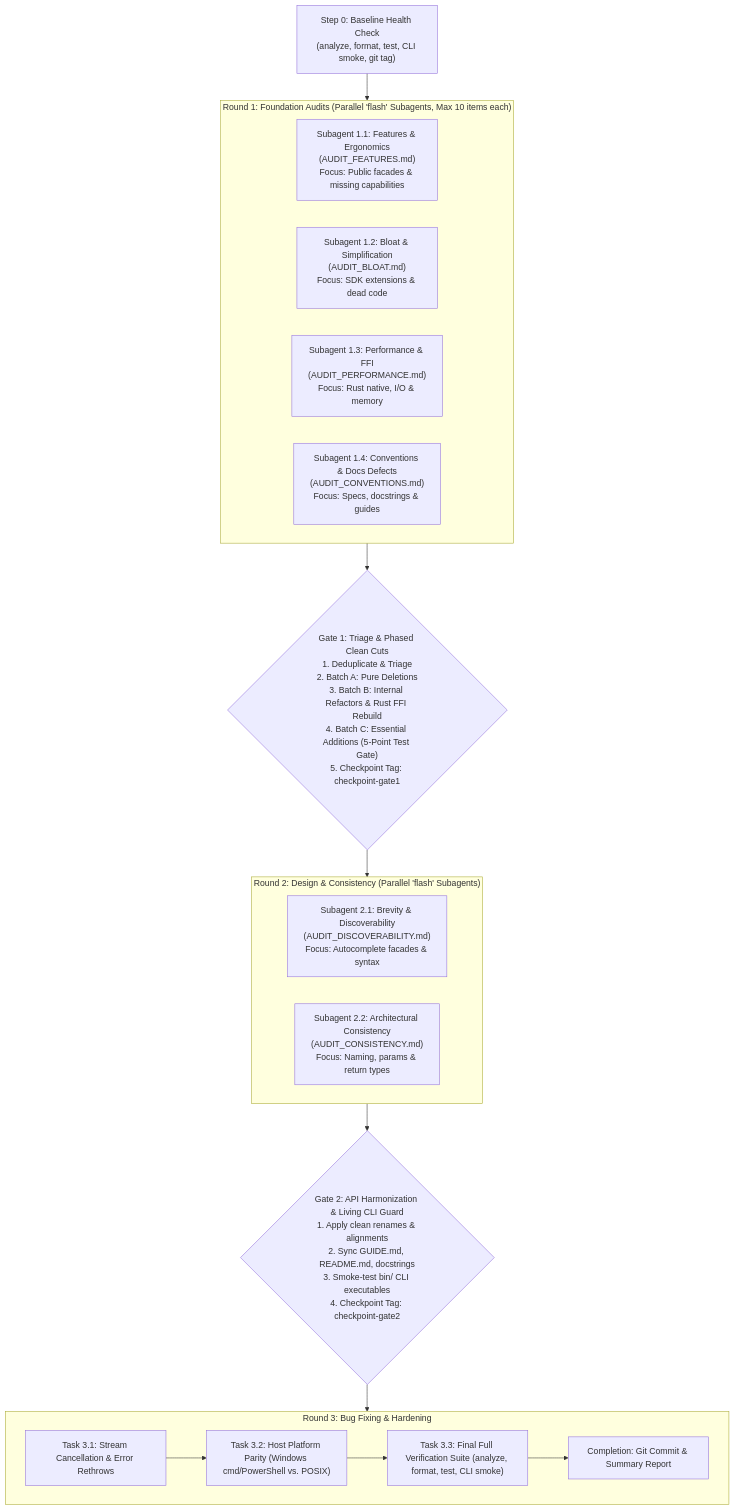
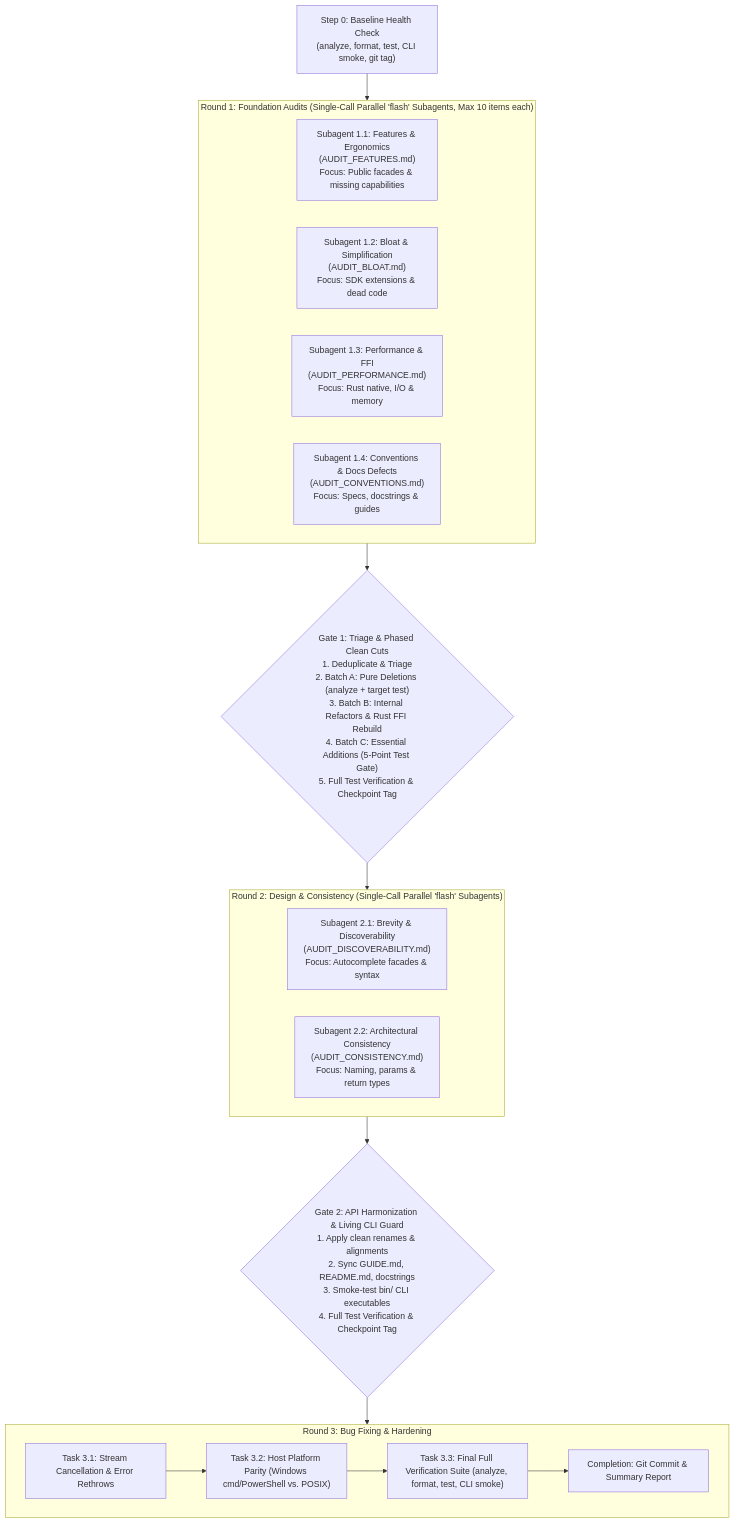
The diagram in WORKFLOW.md (feiluvnana/dart-toolkit), drawn with Mermaid before and after one commit. The commit also changed other lines of this file, not shown here.

````diff
--- a/WORKFLOW.md
+++ b/WORKFLOW.md
@@ -37,31 +39,31 @@
 ```mermaid
 flowchart TD
     S0["Step 0: Baseline Health Check\n(analyze, format, test, CLI smoke, git tag)"] --> R1
 
-    subgraph R1["Round 1: Foundation Audits (Parallel 'flash' Subagents, Max 10 items each)"]
+    subgraph R1["Round 1: Foundation Audits (Single-Call Parallel 'flash' Subagents, Max 10 items each)"]
         A1["Subagent 1.1: Features & Ergonomics\n(AUDIT_FEATURES.md)\nFocus: Public facades & missing capabilities"]
         A2["Subagent 1.2: Bloat & Simplification\n(AUDIT_BLOAT.md)\nFocus: SDK extensions & dead code"]
         A3["Subagent 1.3: Performance & FFI\n(AUDIT_PERFORMANCE.md)\nFocus: Rust native, I/O & memory"]
         A4["Subagent 1.4: Conventions & Docs Defects\n(AUDIT_CONVENTIONS.md)\nFocus: Specs, docstrings & guides"]
     end
 
-    R1 --> G1{"Gate 1: Triage & Phased Clean Cuts\n1. Deduplicate & Triage\n2. Batch A: Pure Deletions\n3. Batch B: Internal Refactors & Rust FFI Rebuild\n4. Batch C: Essential Additions (5-Point Test Gate)\n5. Checkpoint Tag: checkpoint-gate1"}
+    R1 --> G1{"Gate 1: Triage & Phased Clean Cuts\n1. Deduplicate & Triage\n2. Batch A: Pure Deletions (analyze + target test)\n3. Batch B: Internal Refactors & Rust FFI Rebuild\n4. Batch C: Essential Additions (5-Point Test Gate)\n5. Full Test Verification & Checkpoint Tag"}
 
-    subgraph R2["Round 2: Design & Consistency (Parallel 'flash' Subagents)"]
+    subgraph R2["Round 2: Design & Consistency (Single-Call Parallel 'flash' Subagents)"]
         B1["Subagent 2.1: Brevity & Discoverability\n(AUDIT_DISCOVERABILITY.md)\nFocus: Autocomplete facades & syntax"]
         B2["Subagent 2.2: Architectural Consistency\n(AUDIT_CONSISTENCY.md)\nFocus: Naming, params & return types"]
     end
 
     G1 --> R2
-    R2 --> G2{"Gate 2: API Harmonization & Living CLI Guard\n1. Apply clean renames & alignments\n2. Sync GUIDE.md, README.md, docstrings\n3. Smoke-test bin/ CLI executables\n4. Checkpoint Tag: checkpoint-gate2"}
+    R2 --> G2{"Gate 2: API Harmonization & Living CLI Guard\n1. Apply clean renames & alignments\n2. Sync GUIDE.md, README.md, docstrings\n3. Smoke-test bin/ CLI executables\n4. Full Test Verification & Checkpoint Tag"}
 
     subgraph R3["Round 3: Bug Fixing & Hardening"]
         C1["Task 3.1: Stream Cancellation & Error Rethrows"]
         C2["Task 3.2: Host Platform Parity (Windows cmd/PowerShell vs. POSIX)"]
         C3["Task 3.3: Final Full Verification Suite (analyze, format, test, CLI smoke)"]
         C4["Completion: Git Commit & Summary Report"]
     end
 
     G2 --> R3
     C1 --> C2 --> C3 --> C4
 ```
````
